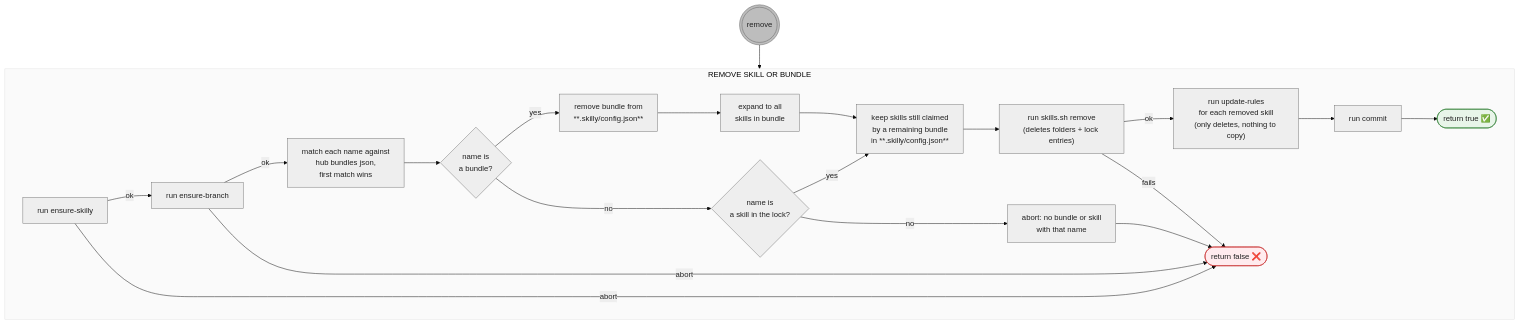
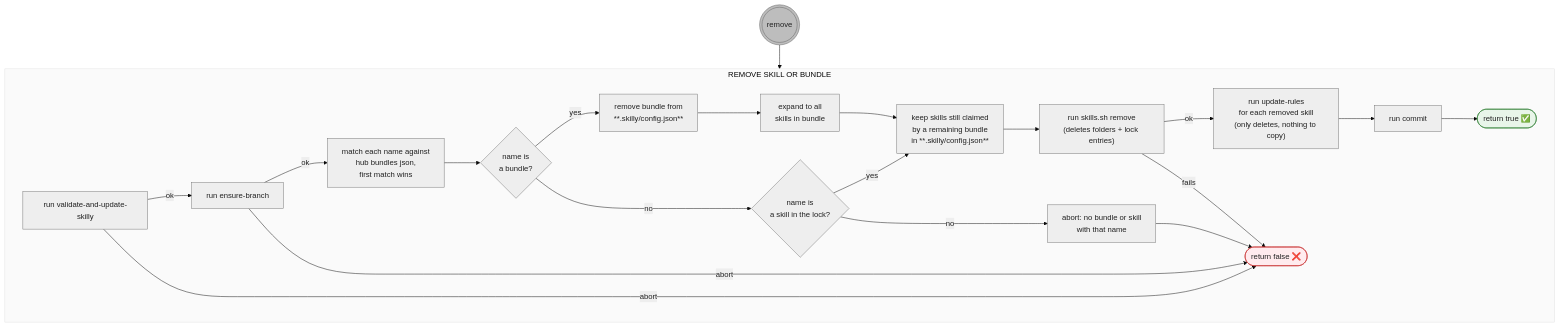
One commit to timschoch/skilly changed the diagram in docs/remove.mmd. Above: the diagram before and after it, drawn with Mermaid. The commit also changed 16 other files, not shown here.

```diff
--- a/docs/remove.mmd
+++ b/docs/remove.mmd
@@ -1,55 +1,55 @@
 ---
 config:
   theme: base
   themeVariables:
     primaryColor: "#eeeeee"
     primaryBorderColor: "#757575"
     primaryTextColor: "#212121"
     clusterBkg: "#fafafa"
     clusterBorder: "#e0e0e0"
 ---
 flowchart TD
     %% shapes: ((( ))) entry point · [/ \] user action (blue) · [ ] script action (gray) · { } decision (amber) · ([ ]) state (green)
 
     ENTER-REM((("remove"))) --> REM
     subgraph REM["REMOVE SKILL OR BUNDLE"]
-        REM-GUARD["run ensure-skilly"]
+        REM-GUARD["run validate-and-update-skilly"]
             REM-GUARD -->|ok| REM-EB
             REM-GUARD -->|abort| REM-FALSE
 
         REM-EB["run ensure-branch"]
             REM-EB -->|ok| REM-MATCH
             REM-EB -->|abort| REM-FALSE
 
         REM-MATCH["match each name against<br>hub bundles json,<br>first match wins"] --> REMQ3
 
             REMQ3{"name is<br>a bundle?"}
                 REMQ3 -->|yes| REM-BUNDLE["remove bundle from<br>**.skilly/config.json**"]
                     REM-BUNDLE --> REM-EXPAND["expand to all<br>skills in bundle"] --> REM-FILTER
                 REMQ3 -->|no| REMQ4
 
             REMQ4{"name is<br>a skill in the lock?"}
                 REMQ4 -->|yes| REM-FILTER
                 REMQ4 -->|no| REM-ABORT-UNKNOWN
 
         REM-FILTER["keep skills still claimed<br>by a remaining bundle<br>in **.skilly/config.json**"] --> REM-CLI
         REM-CLI["run skills.sh remove<br>(deletes folders + lock entries)"]
             REM-CLI -->|ok| REM-RULES["run update-rules<br>for each removed skill<br>(only deletes, nothing to copy)"] --> REM-COMMIT["run commit"] --> REM-TRUE
             REM-CLI -->|fails| REM-FALSE
 
         REM-TRUE(["return true ✅"])
         REM-ABORT-UNKNOWN["abort: no bundle or skill<br>with that name"] --> REM-FALSE
         REM-FALSE(["return false ❌"])
     end
 
 
     %% all checks are script checks -> default gray, not amber
 
     classDef entry fill:#bdbdbd,stroke:#616161
     class ENTER-REM entry
 
     classDef ok fill:#e8f5e9,stroke:#2e7d32
     class REM-TRUE ok
 
     classDef fail fill:#ffebee,stroke:#c62828
     class REM-FALSE fail
```
